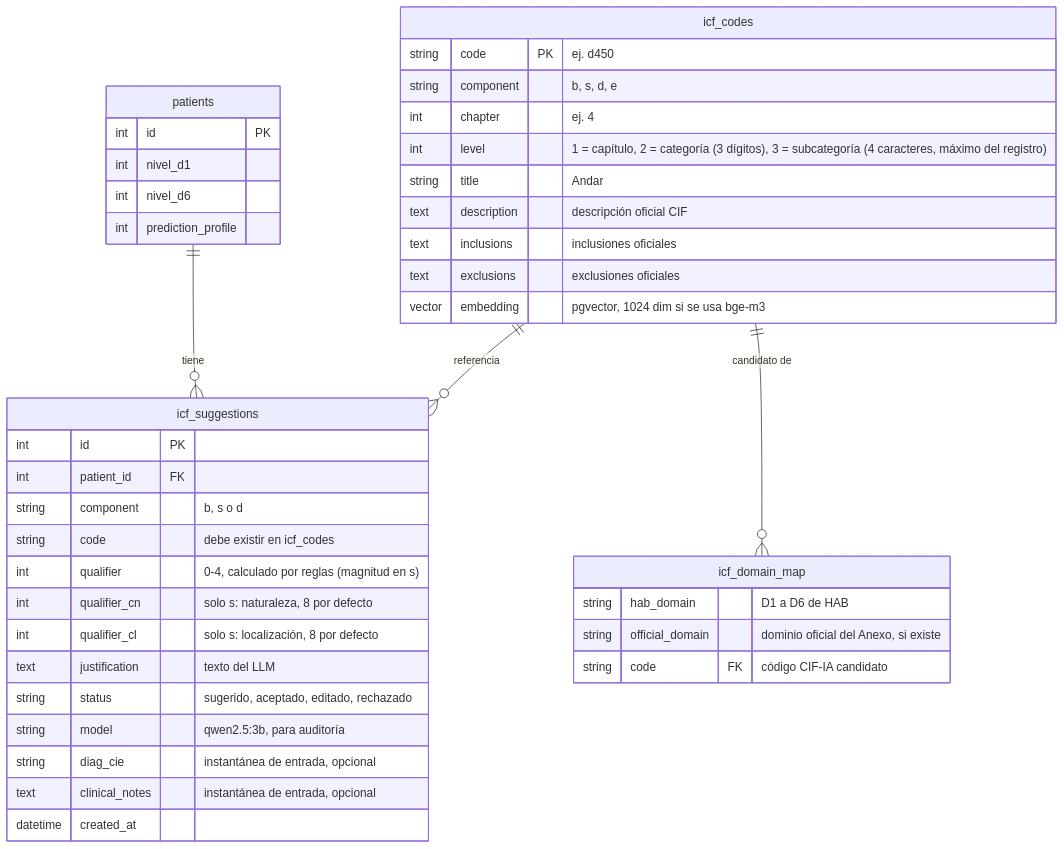
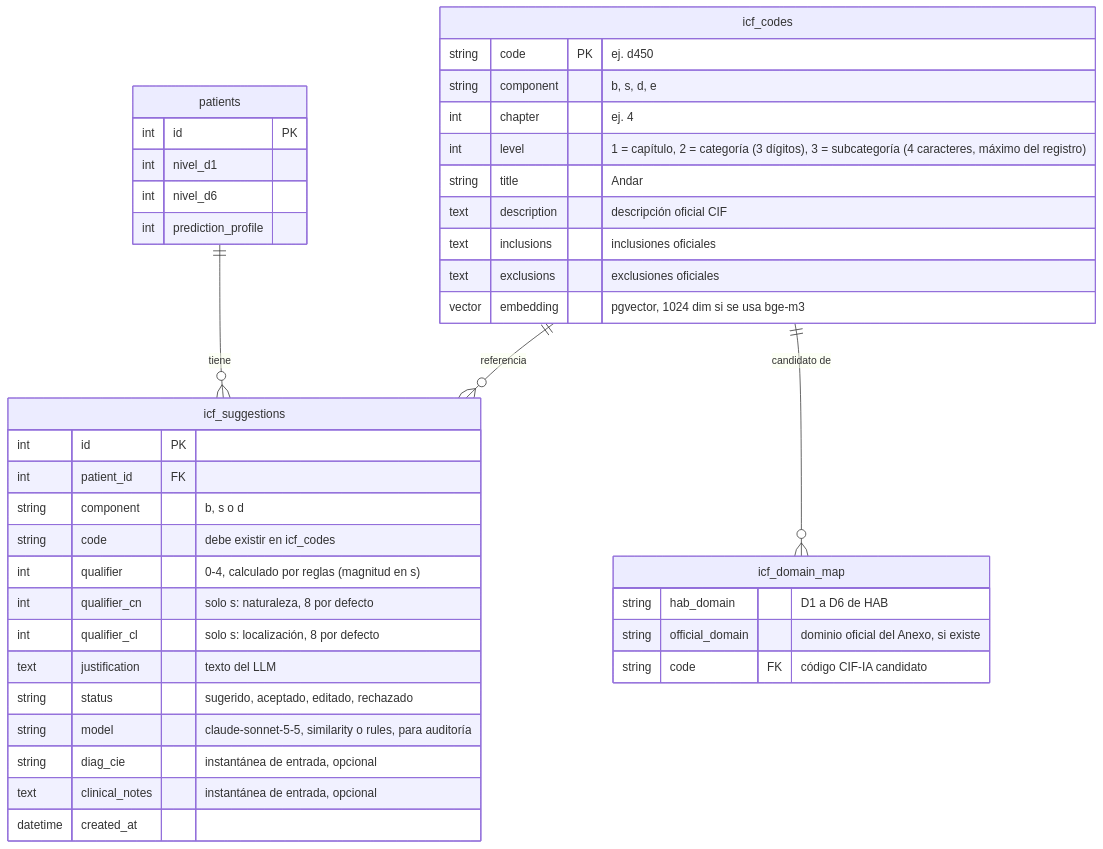
The third of 3 diagrams in docs/diagrams/rag-icf-postgresql.md (jaquimbayoc7/health-access-bridge), drawn with Mermaid before and after one commit. The commit also changed other lines of this file and 8 other files, not shown here.

Commit message:
docs: HU-07 pasa a modelo externo (Claude Sonnet 5.5) tras las pruebas con el servidor fisico y Qwen; informe de pruebas, HU-07f/07g y plan actualizados

````diff
--- a/docs/diagrams/rag-icf-postgresql.md
+++ b/docs/diagrams/rag-icf-postgresql.md
@@ -261,47 +255,47 @@
 ```mermaid
 erDiagram
     icf_codes {
         string code PK "ej. d450"
         string component "b, s, d, e"
         int chapter "ej. 4"
         int level "1 = capítulo, 2 = categoría (3 dígitos), 3 = subcategoría (4 caracteres, máximo del registro)"
         string title "Andar"
         text description "descripción oficial CIF"
         text inclusions "inclusiones oficiales"
         text exclusions "exclusiones oficiales"
         vector embedding "pgvector, 1024 dim si se usa bge-m3"
     }
 
     patients {
         int id PK
         int nivel_d1
         int nivel_d6
         int prediction_profile
     }
 
     icf_domain_map {
         string hab_domain "D1 a D6 de HAB"
         string official_domain "dominio oficial del Anexo, si existe"
         string code FK "código CIF-IA candidato"
     }
 
     icf_suggestions {
         int id PK
         int patient_id FK
         string component "b, s o d"
         string code "debe existir en icf_codes"
         int qualifier "0-4, calculado por reglas (magnitud en s)"
         int qualifier_cn "solo s: naturaleza, 8 por defecto"
         int qualifier_cl "solo s: localización, 8 por defecto"
         text justification "texto del LLM"
         string status "sugerido, aceptado, editado, rechazado"
-        string model "qwen2.5:3b, para auditoría"
+        string model "claude-sonnet-5-5, similarity o rules, para auditoría"
         string diag_cie "instantánea de entrada, opcional"
         text clinical_notes "instantánea de entrada, opcional"
         datetime created_at
     }
 
     patients ||--o{ icf_suggestions : "tiene"
     icf_codes ||--o{ icf_suggestions : "referencia"
     icf_codes ||--o{ icf_domain_map : "candidato de"
 ```
````
